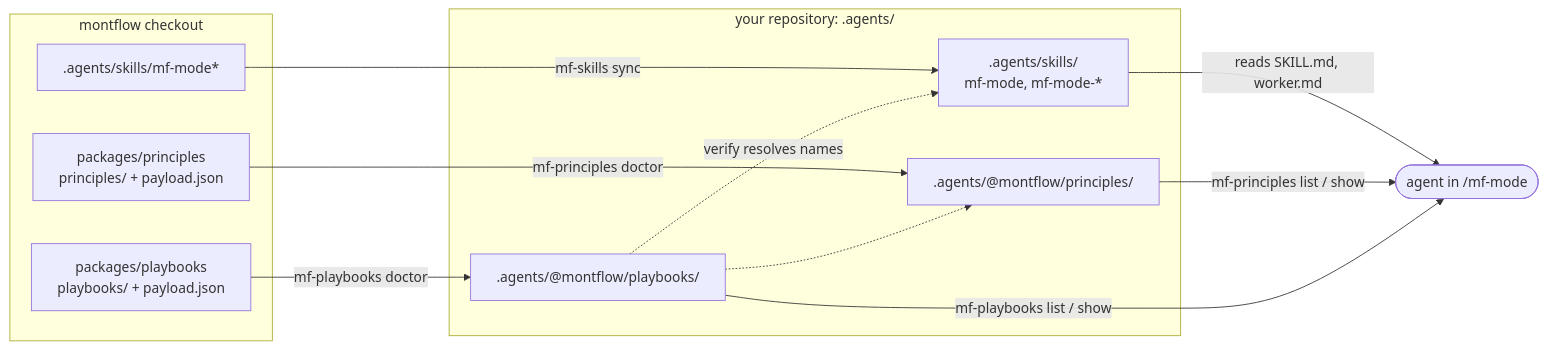
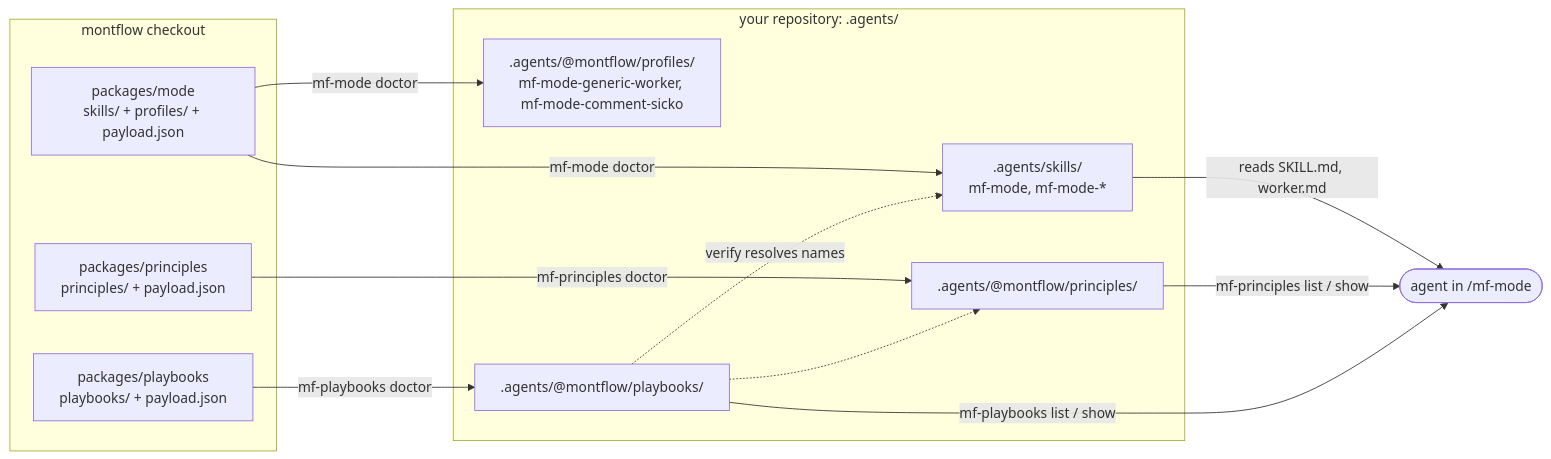
The first of 4 diagrams in wiki/mf-mode.md (montflow/montflow), drawn with Mermaid before and after one commit. The commit also changed other lines of this file and 498 other files, not shown here.

First line of the commit message:
feat(mode): ship the mf-mode skills and profiles from packages/mode

````diff
--- a/wiki/mf-mode.md
+++ b/wiki/mf-mode.md
@@ -24,22 +24,24 @@
 ```mermaid
 flowchart LR
     subgraph checkout["montflow checkout"]
-        skillsSrc[".agents/skills/mf-mode*"]
+        modePkg["packages/mode<br/>skills/ + profiles/ + payload.json"]
         princPkg["packages/principles<br/>principles/ + payload.json"]
         playPkg["packages/playbooks<br/>playbooks/ + payload.json"]
     end
     subgraph workspace["your repository: .agents/"]
         skills[".agents/skills/<br/>mf-mode, mf-mode-*"]
+        profiles[".agents/@montflow/profiles/<br/>mf-mode-generic-worker, mf-mode-comment-sicko"]
         princ[".agents/@montflow/principles/"]
         play[".agents/@montflow/playbooks/"]
     end
-    skillsSrc -- "mf-skills sync" --> skills
+    modePkg -- "mf-mode doctor" --> skills
+    modePkg -- "mf-mode doctor" --> profiles
     princPkg -- "mf-principles doctor" --> princ
     playPkg -- "mf-playbooks doctor" --> play
     agent(["agent in /mf-mode"])
     skills -- "reads SKILL.md, worker.md" --> agent
     princ -- "mf-principles list / show" --> agent
     play -- "mf-playbooks list / show" --> agent
     play -.->|verify resolves names| skills
     play -.-> princ
 ```
````
